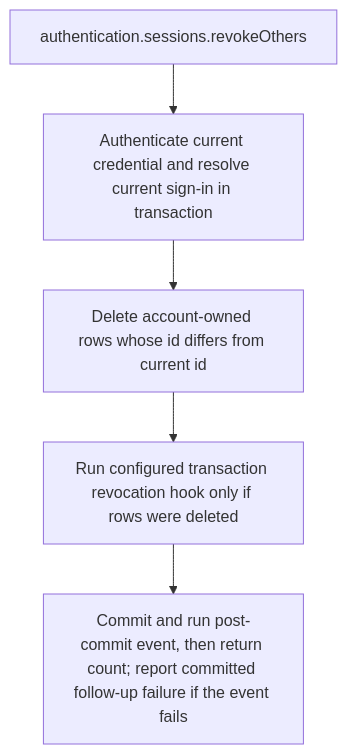
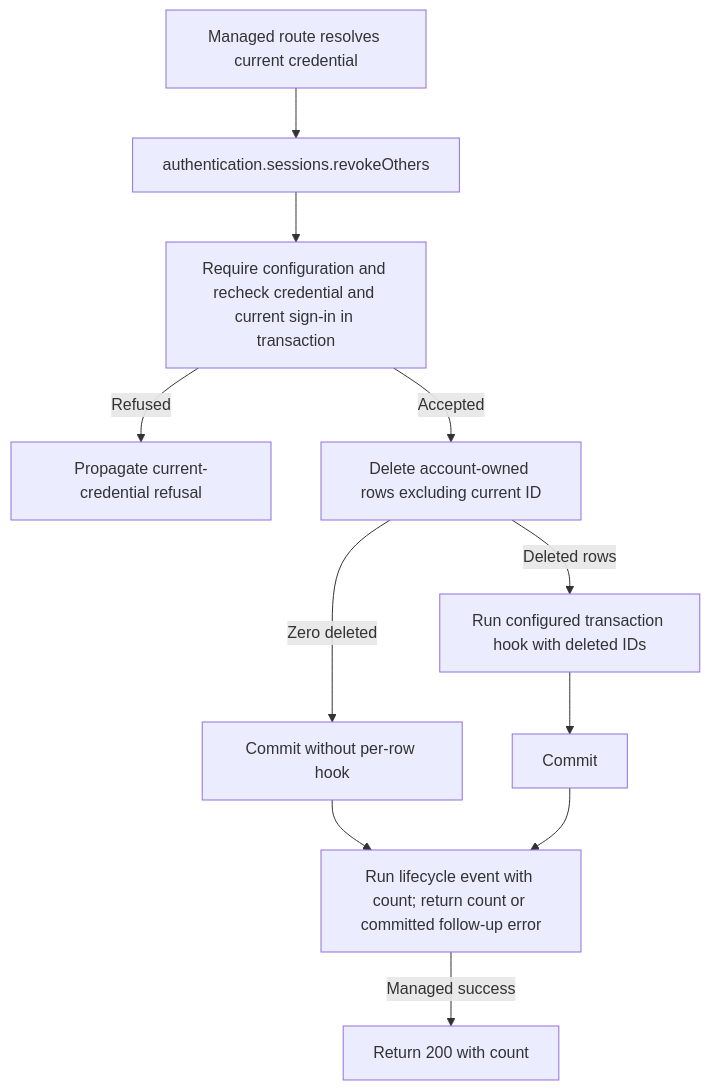
Before and after one commit to Kevinjohn/oss-adonisjs-account-kit: the second of 2 diagrams in user-stories/US-ACCOUNT-16-revoke-other-devices.md, drawn with Mermaid. The commit also changed other lines of this file and 70 other files, not shown here.

````diff
--- a/user-stories/US-ACCOUNT-16-revoke-other-devices.md
+++ b/user-stories/US-ACCOUNT-16-revoke-other-devices.md
@@ -30,7 +30,13 @@
 ```mermaid
 flowchart TD
- A["authentication.sessions.revokeOthers"] --> B["Authenticate current credential and resolve current sign-in in transaction"]
- B --> C["Delete account-owned rows whose id differs from current id"]
- C --> D["Run configured transaction revocation hook only if rows were deleted"]
- D --> E["Commit and run post-commit event, then return count; report committed follow-up failure if the event fails"]
+  M["Managed route resolves current credential"] --> A["authentication.sessions.revokeOthers"]
+  A --> B["Require configuration and recheck credential and current sign-in in transaction"]
+  B -->|Refused| X["Propagate current-credential refusal"]
+  B -->|Accepted| C["Delete account-owned rows excluding current ID"]
+  C -->|Deleted rows| D["Run configured transaction hook with deleted IDs"]
+  C -->|Zero deleted| E["Commit without per-row hook"]
+  D --> E2["Commit"]
+  E --> F["Run lifecycle event with count; return count or committed follow-up error"]
+  E2 --> F
+  F -->|Managed success| G["Return 200 with count"]
 ```
````
